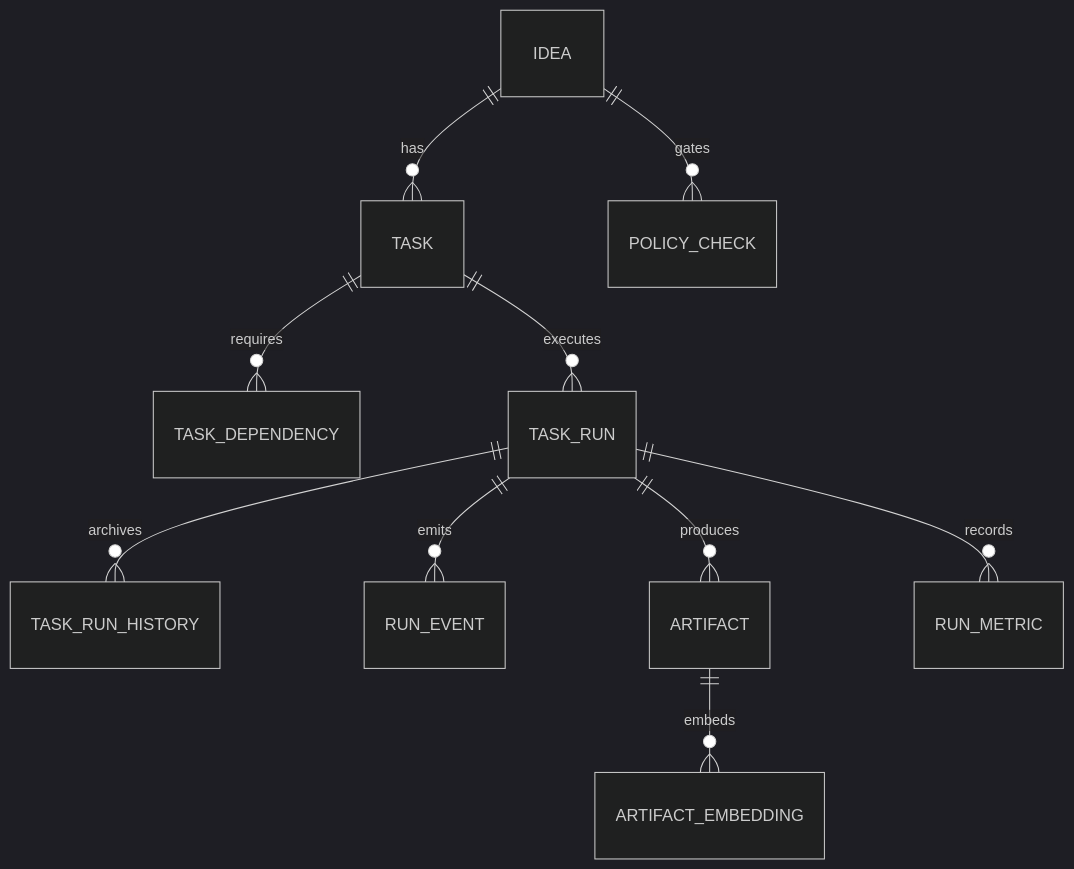
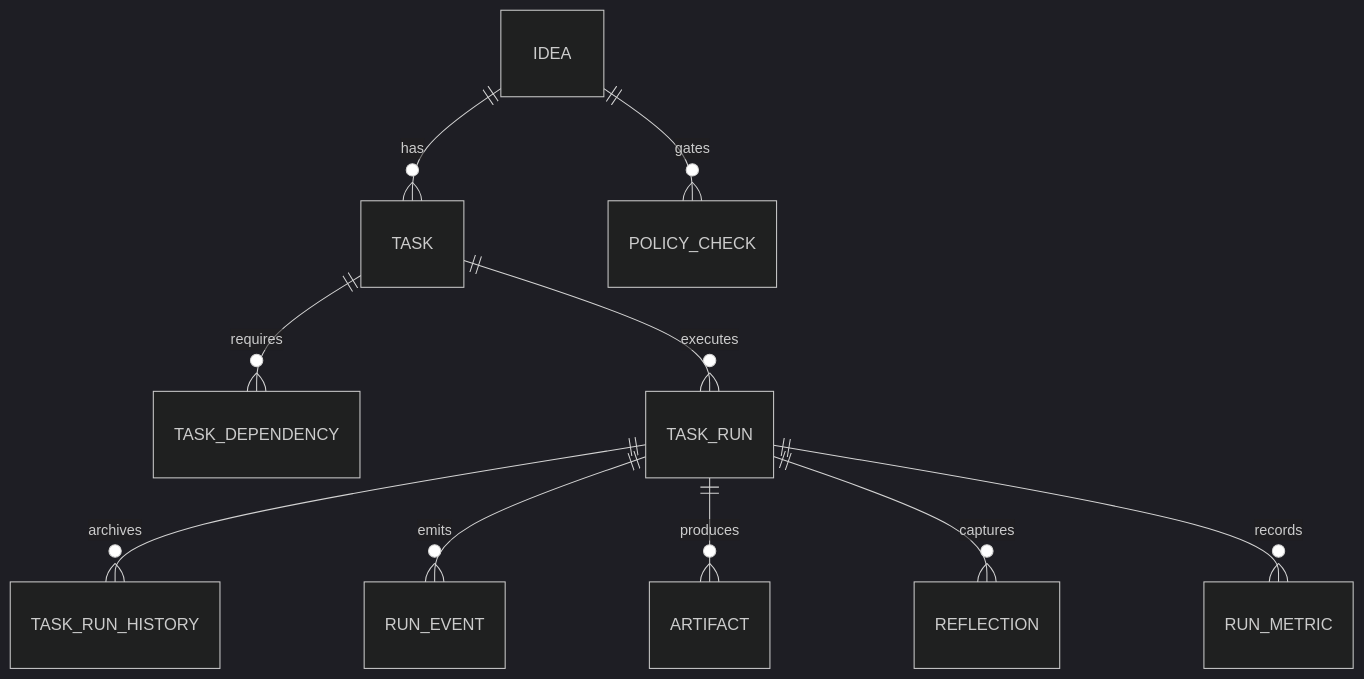
One commit to proompteng/lab changed the diagram in docs/facteur-autonomous-schema-plan.md. Above: the diagram before and after it, drawn with Mermaid (dark theme). The commit also changed other lines of this file and 2 other files, not shown here.

````diff
--- a/docs/facteur-autonomous-schema-plan.md
+++ b/docs/facteur-autonomous-schema-plan.md
@@ -17,12 +17,12 @@
 ```mermaid
 erDiagram
   IDEA ||--o{ TASK : "has"
   TASK ||--o{ TASK_DEPENDENCY : "requires"
   TASK ||--o{ TASK_RUN : "executes"
   TASK_RUN ||--o{ TASK_RUN_HISTORY : "archives"
   TASK_RUN ||--o{ RUN_EVENT : "emits"
   TASK_RUN ||--o{ ARTIFACT : "produces"
-  ARTIFACT ||--o{ ARTIFACT_EMBEDDING : "embeds"
+  TASK_RUN ||--o{ REFLECTION : "captures"
   IDEA ||--o{ POLICY_CHECK : "gates"
   TASK_RUN ||--o{ RUN_METRIC : "records"
 ```
````
